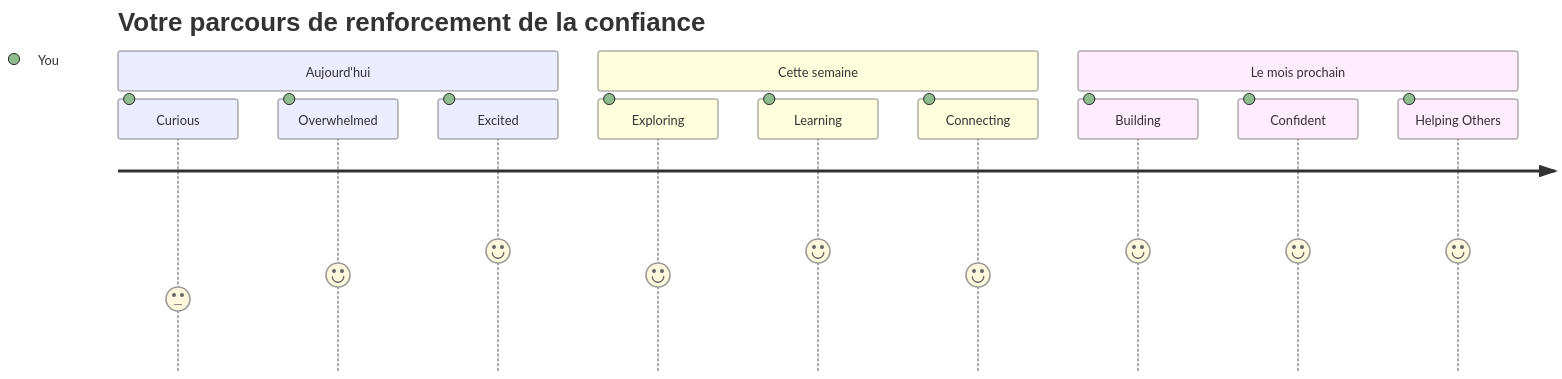
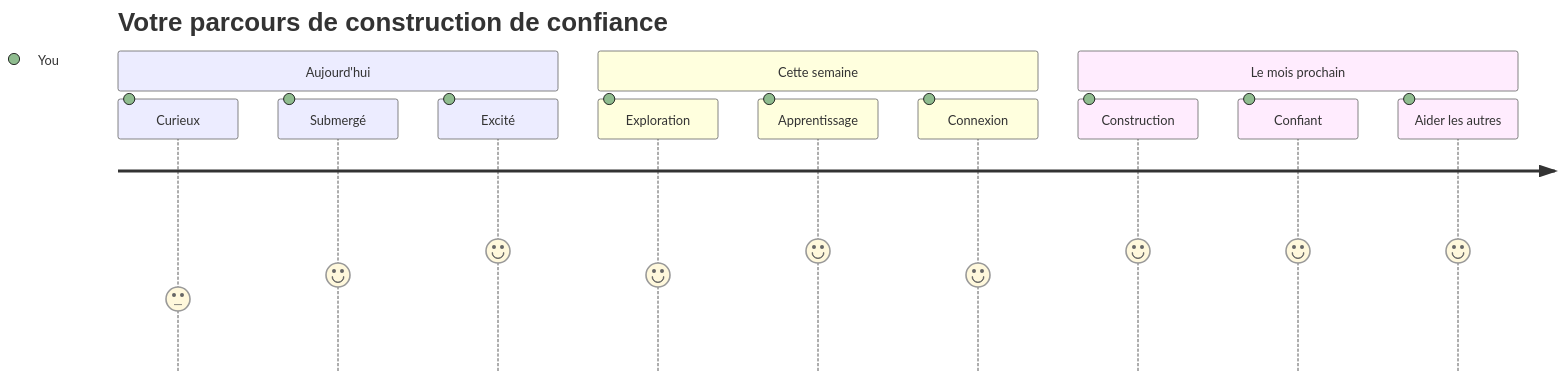
Before and after one commit to microsoft/Web-Dev-For-Beginners: the seventh of 7 diagrams in translations/fr/1-getting-started-lessons/1-intro-to-programming-languages/README.md, drawn with Mermaid. The commit also changed other lines of this file and 8 other files, not shown here.

````diff
--- a/translations/fr/1-getting-started-lessons/1-intro-to-programming-languages/README.md
+++ b/translations/fr/1-getting-started-lessons/1-intro-to-programming-languages/README.md
@@ -830,16 +830,16 @@
 ```mermaid
 journey
-    title Votre parcours de renforcement de la confiance
+    title Votre parcours de construction de confiance
     section Aujourd'hui
-      Curious: 3: You
-      Overwhelmed: 4: You
-      Excited: 5: You
+      Curieux: 3: You
+      Submergé: 4: You
+      Excité: 5: You
     section Cette semaine
-      Exploring: 4: You
-      Learning: 5: You
-      Connecting: 4: You
+      Exploration: 4: You
+      Apprentissage: 5: You
+      Connexion: 4: You
     section Le mois prochain
-      Building: 5: You
-      Confident: 5: You
-      Helping Others: 5: You
+      Construction: 5: You
+      Confiant: 5: You
+      Aider les autres: 5: You
 ```
````
